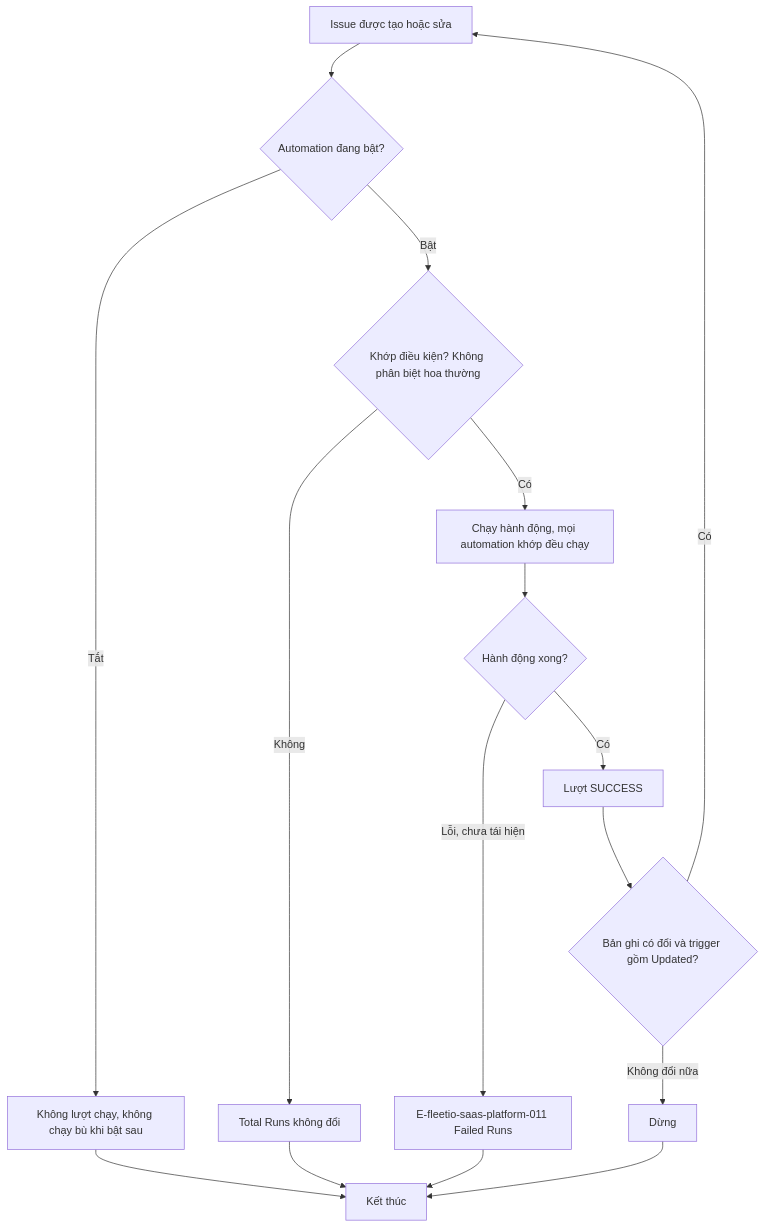
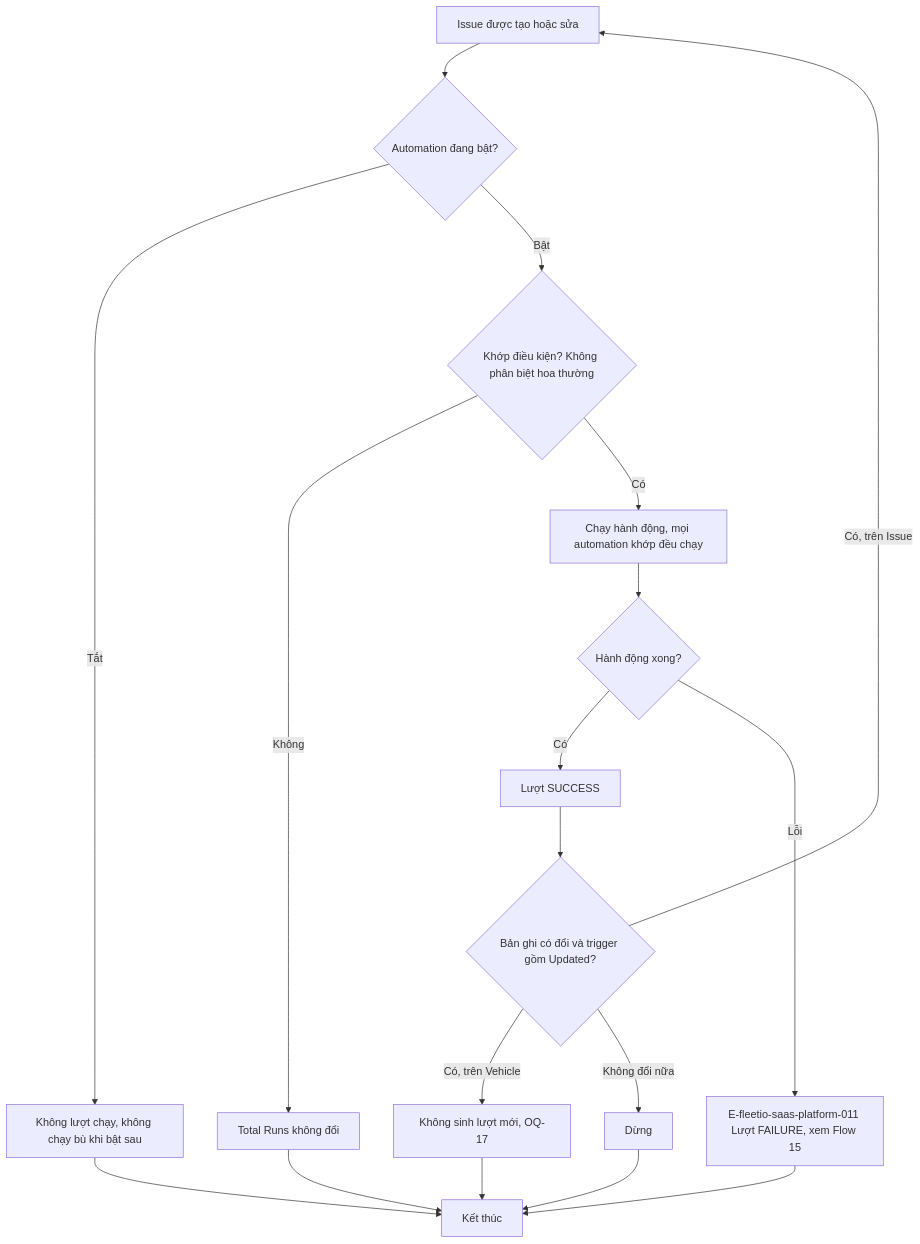
The fifth of 24 diagrams in docs/_research/fleetio/srs/fleetio-saas-platform-flows.md (szitphan/invlogis), drawn with Mermaid before and after one commit. The commit also changed other lines of this file and 113 other files, not shown here.

First line of the commit message:
research: Fleetio lượt 3, 4, chạy nốt function list, bổ sung brainstorm và SRS 7 nhóm

````diff
--- a/docs/_research/fleetio/srs/fleetio-saas-platform-flows.md
+++ b/docs/_research/fleetio/srs/fleetio-saas-platform-flows.md
@@ -96,18 +98,20 @@
 ```mermaid
 flowchart TD
     A["Issue được tạo hoặc sửa"] --> B{"Automation đang bật?"}
     B -->|"Tắt"| C["Không lượt chạy, không chạy bù khi bật sau"]
     B -->|"Bật"| D{"Khớp điều kiện? Không phân biệt hoa thường"}
     D -->|"Không"| E["Total Runs không đổi"]
     D -->|"Có"| F["Chạy hành động, mọi automation khớp đều chạy"]
     F --> G{"Hành động xong?"}
     G -->|"Có"| H["Lượt SUCCESS"]
-    G -->|"Lỗi, chưa tái hiện"| I["E-fleetio-saas-platform-011 Failed Runs"]
+    G -->|"Lỗi"| I["E-fleetio-saas-platform-011 Lượt FAILURE, xem Flow 15"]
     H --> J{"Bản ghi có đổi và trigger gồm Updated?"}
-    J -->|"Có"| A
+    J -->|"Có, trên Issue"| A
+    J -->|"Có, trên Vehicle"| K2["Không sinh lượt mới, OQ-17"]
     J -->|"Không đổi nữa"| K["Dừng"]
+    K2 --> Z
     C --> Z["Kết thúc"]
     E --> Z
     I --> Z
     K --> Z
 ```
````
